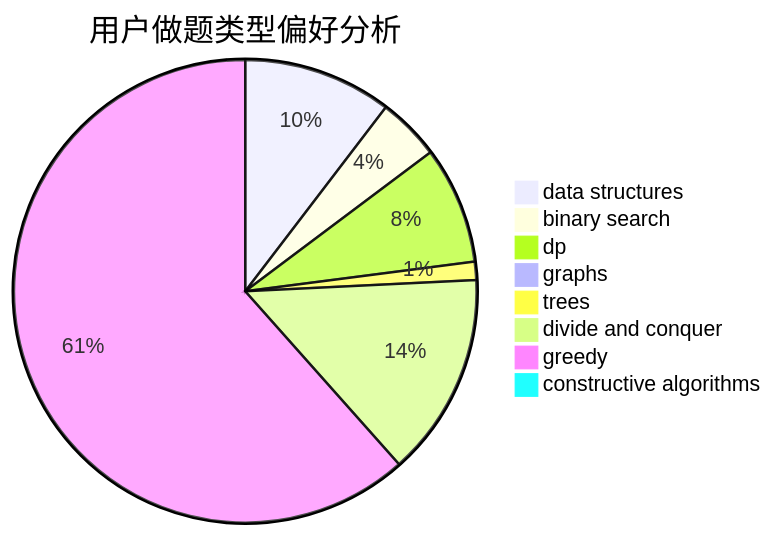
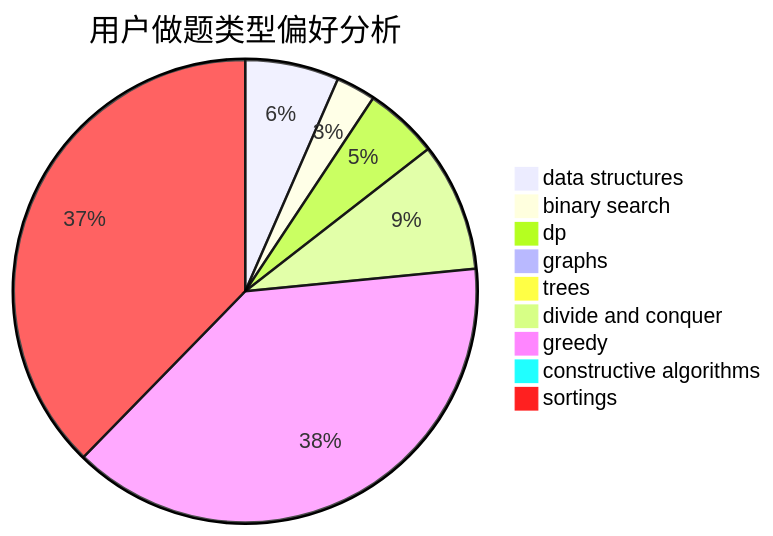
The second of 3 diagrams in docs/user/u781.md (sherpahu/cfrs.github.io), drawn with Mermaid before and after one commit. The commit also changed other lines of this file and 2769 other files, not shown here.

````diff
--- a/docs/user/u781.md
+++ b/docs/user/u781.md
@@ -23,11 +18,12 @@
 ```mermaid
 pie title 用户做题类型偏好分析
     "data structures" :  57
     "binary search" :  24
     "dp" :  45
     "graphs" :  4
     "trees" :  7
     "divide and conquer" :  78
     "greedy" :  338
     "constructive algorithms" :  5
+    "sortings" :  328
 ```
````
